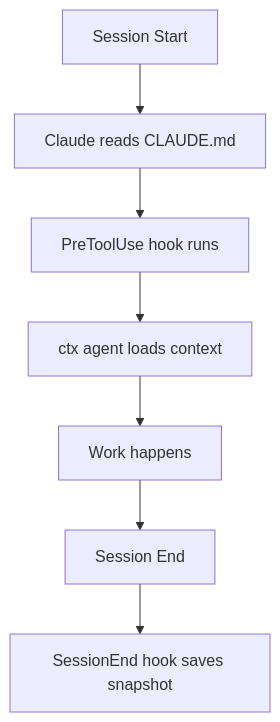
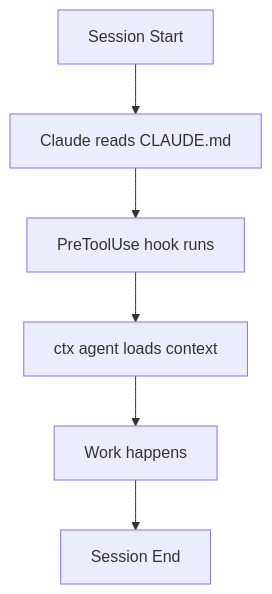
Before and after one commit to ActiveMemory/ctx: the diagram in docs/integrations.md, drawn with Mermaid. The commit also changed other lines of this file and 83 other files, not shown here.

````diff
--- a/docs/integrations.md
+++ b/docs/integrations.md
@@ -43,9 +42,8 @@
 ```mermaid
 graph TD
     A[Session Start] --> B[Claude reads CLAUDE.md]
     B --> C[PreToolUse hook runs]
     C --> D[ctx agent loads context]
     D --> E[Work happens]
     E --> F[Session End]
-    F --> G[SessionEnd hook saves snapshot]
 ```
````
